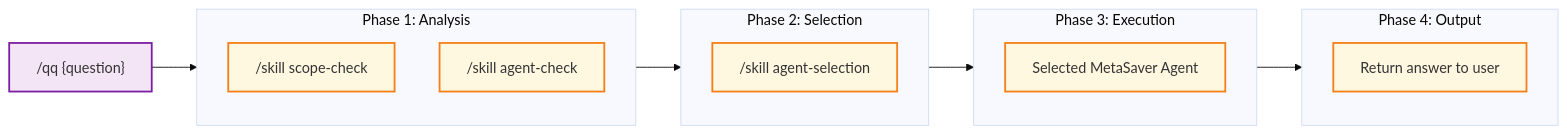
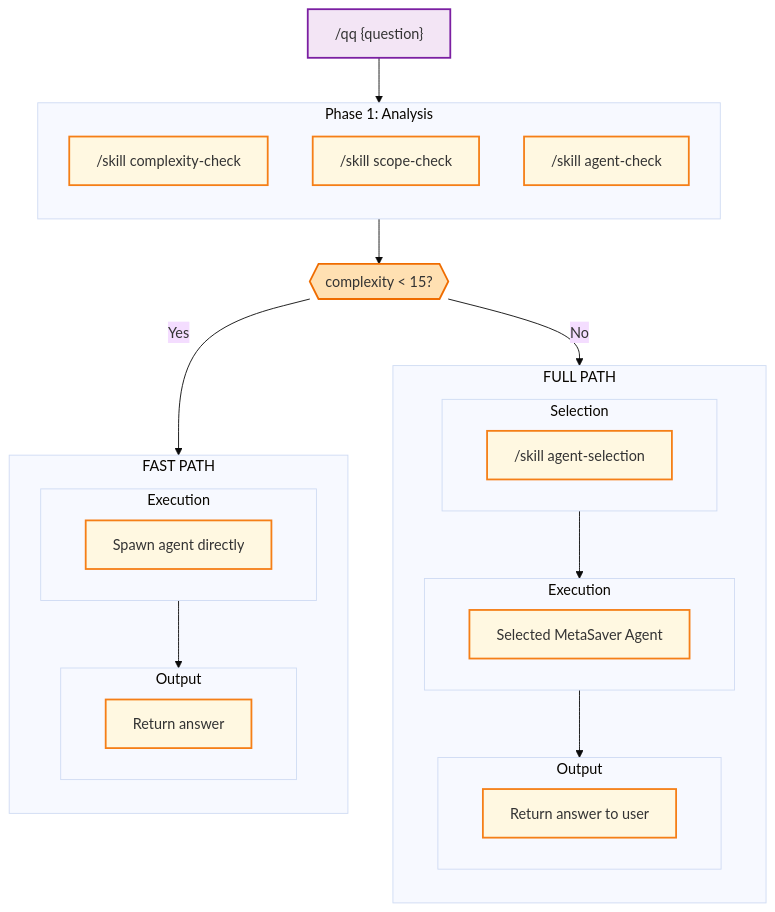
Before and after one commit to metasaver/metasaver-marketplace: the first of 5 diagrams in docs/qq-command-target-state.md, drawn with Mermaid (base theme). The commit also changed other lines of this file and 26 other files, not shown here.

First line of the commit message:
feat: Add new workflow steps for innovation, planning, production check, save PRD, TDD execution, template update, and vibe check

````diff
--- a/docs/qq-command-target-state.md
+++ b/docs/qq-command-target-state.md
@@ -13,32 +13,47 @@
 ```mermaid
-flowchart LR
+flowchart TB
     classDef phase fill:#bbdefb,stroke:#1565c0,stroke-width:2px
     classDef skill fill:#fff8e1,stroke:#f57f17,stroke-width:2px
     classDef entry fill:#f3e5f5,stroke:#7b1fa2,stroke-width:2px
+    classDef decision fill:#ffe0b2,stroke:#ef6c00,stroke-width:2px
 
     ENTRY["/qq {question}"]:::entry
 
     subgraph P1["Phase 1: Analysis"]
         direction TB
+        CC["/skill complexity-check"]:::skill
         SC["/skill scope-check"]:::skill
         AC["/skill agent-check"]:::skill
     end
 
-    subgraph P2["Phase 2: Selection"]
+    DECIDE{{"complexity < 15?"}}:::decision
+
+    subgraph FAST["FAST PATH"]
         direction TB
-        SEL["/skill agent-selection"]:::skill
+        subgraph P3F["Execution"]
+            EXEF["Spawn agent directly"]:::skill
+        end
+        subgraph P4F["Output"]
+            OUTF["Return answer"]:::skill
+        end
+        P3F --> P4F
     end
 
-    subgraph P3["Phase 3: Execution"]
+    subgraph FULL["FULL PATH"]
         direction TB
-        EXE["Selected MetaSaver Agent"]:::skill
+        subgraph P2["Selection"]
+            SEL["/skill agent-selection"]:::skill
+        end
+        subgraph P3["Execution"]
+            EXE["Selected MetaSaver Agent"]:::skill
+        end
+        subgraph P4["Output"]
+            OUT["Return answer to user"]:::skill
+        end
+        P2 --> P3 --> P4
     end
 
-    subgraph P4["Phase 4: Output"]
-        direction TB
-        OUT["Return answer to user"]:::skill
-    end
-
-    ENTRY --> P1
-    P1 --> P2 --> P3 --> P4
+    ENTRY --> P1 --> DECIDE
+    DECIDE -->|Yes| FAST
+    DECIDE -->|No| FULL
 ```
````
